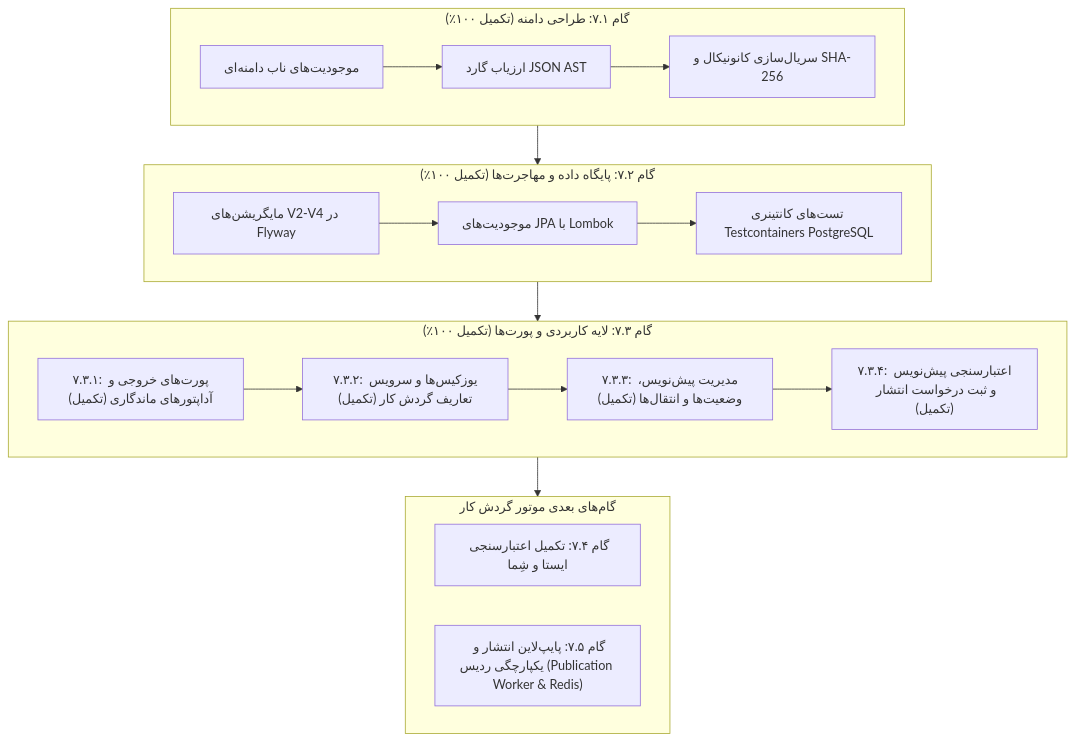
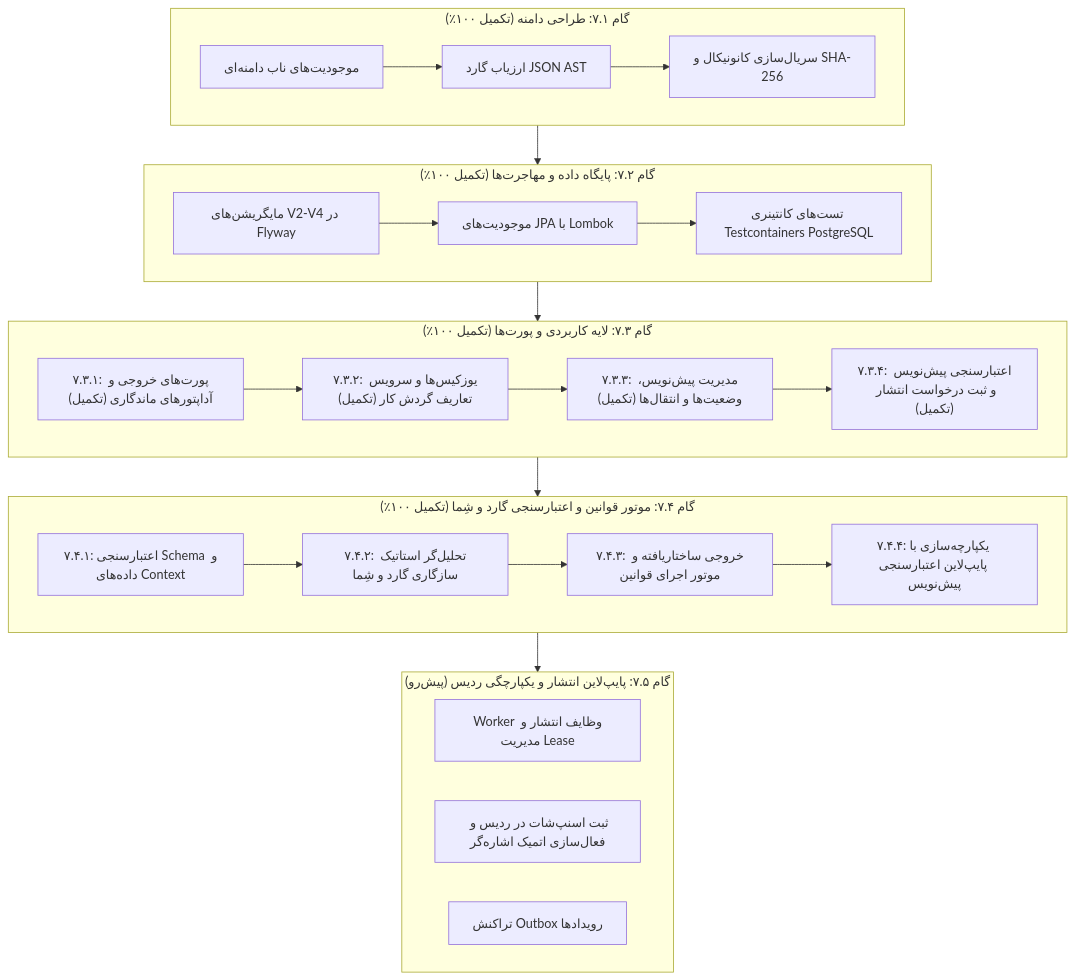
The diagram in docs/step-7/progress-report/STEP_7_PROGRESS_REPORT_FA.md (AminMohammadiTabar/video-identity-verification), drawn with Mermaid before and after one commit. The commit also changed other lines of this file and 15 other files, not shown here.

Commit message:
feat: implement workflow publication service, schema validation, and rule engine with tests

````diff
--- a/docs/step-7/progress-report/STEP_7_PROGRESS_REPORT_FA.md
+++ b/docs/step-7/progress-report/STEP_7_PROGRESS_REPORT_FA.md
@@ -23,27 +23,35 @@
 ```mermaid
 flowchart TD
     subgraph Step7_1["گام ۷.۱: طراحی دامنه (تکمیل ۱۰۰٪)"]
         D1[موجودیت‌های ناب دامنه‌ای] --> D2[ارزیاب گارد JSON AST]
         D2 --> D3[سریال‌سازی کانونیکال و SHA-256]
     end
 
     subgraph Step7_2["گام ۷.۲: پایگاه داده و مهاجرت‌ها (تکمیل ۱۰۰٪)"]
         DB1[مایگریشن‌های V2-V4 در Flyway] --> DB2[موجودیت‌های JPA با Lombok]
         DB2 --> DB3[تست‌های کانتینری Testcontainers PostgreSQL]
     end
 
     subgraph Step7_3["گام ۷.۳: لایه کاربردی و پورت‌ها (تکمیل ۱۰۰٪)"]
         A1["۷.۳.۱: پورت‌های خروجی و آداپتورهای ماندگاری (تکمیل)"] --> A2["۷.۳.۲: یوزکیس‌ها و سرویس تعاریف گردش کار (تکمیل)"]
         A2 --> A3["۷.۳.۳: مدیریت پیش‌نویس، وضعیت‌ها و انتقال‌ها (تکمیل)"]
         A3 --> A4["۷.۳.۴: اعتبارسنجی پیش‌نویس و ثبت درخواست انتشار (تکمیل)"]
     end
 
-    subgraph Step7_4_5["گام‌های بعدی موتور گردش کار"]
-        N1["گام ۷.۴: تکمیل اعتبارسنجی ایستا و شِما"]
-        N2["گام ۷.۵: پایپ‌لاین انتشار و یکپارچگی ردیس (Publication Worker & Redis)"]
+    subgraph Step7_4["گام ۷.۴: موتور قوانین و اعتبارسنجی گارد و شِما (تکمیل ۱۰۰٪)"]
+        G1["۷.۴.۱: اعتبارسنجی Schema و داده‌های Context"] --> G2["۷.۴.۲: تحلیل‌گر استاتیک سازگاری گارد و شِما"]
+        G2 --> G3["۷.۴.۳: خروجی ساختاریافته و موتور اجرای قوانین"]
+        G3 --> G4["۷.۴.۴: یکپارچه‌سازی با پایپ‌لاین اعتبارسنجی پیش‌نویس"]
+    end
+
+    subgraph Step7_5["گام ۷.۵: پایپ‌لاین انتشار و یکپارچگی ردیس (پیش‌رو)"]
+        P1["Worker وظایف انتشار و مدیریت Lease"]
+        P2["ثبت اسنپ‌شات در ردیس و فعال‌سازی اتمیک اشاره‌گر"]
+        P3["تراکنش Outbox رویدادها"]
     end
 
     Step7_1 --> Step7_2
     Step7_2 --> Step7_3
-    Step7_3 --> Step7_4_5
+    Step7_3 --> Step7_4
+    Step7_4 --> Step7_5
 ```
````
